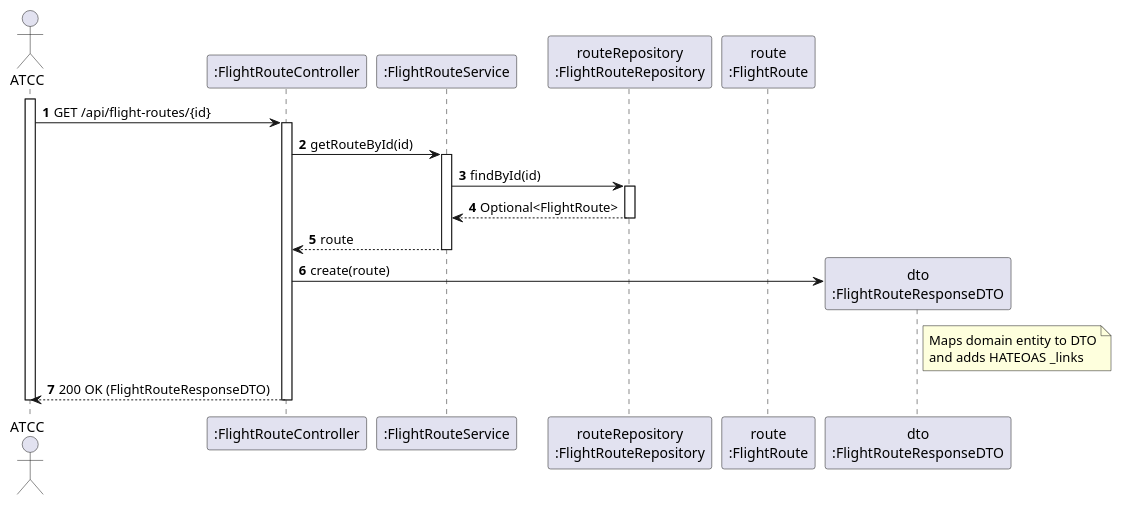
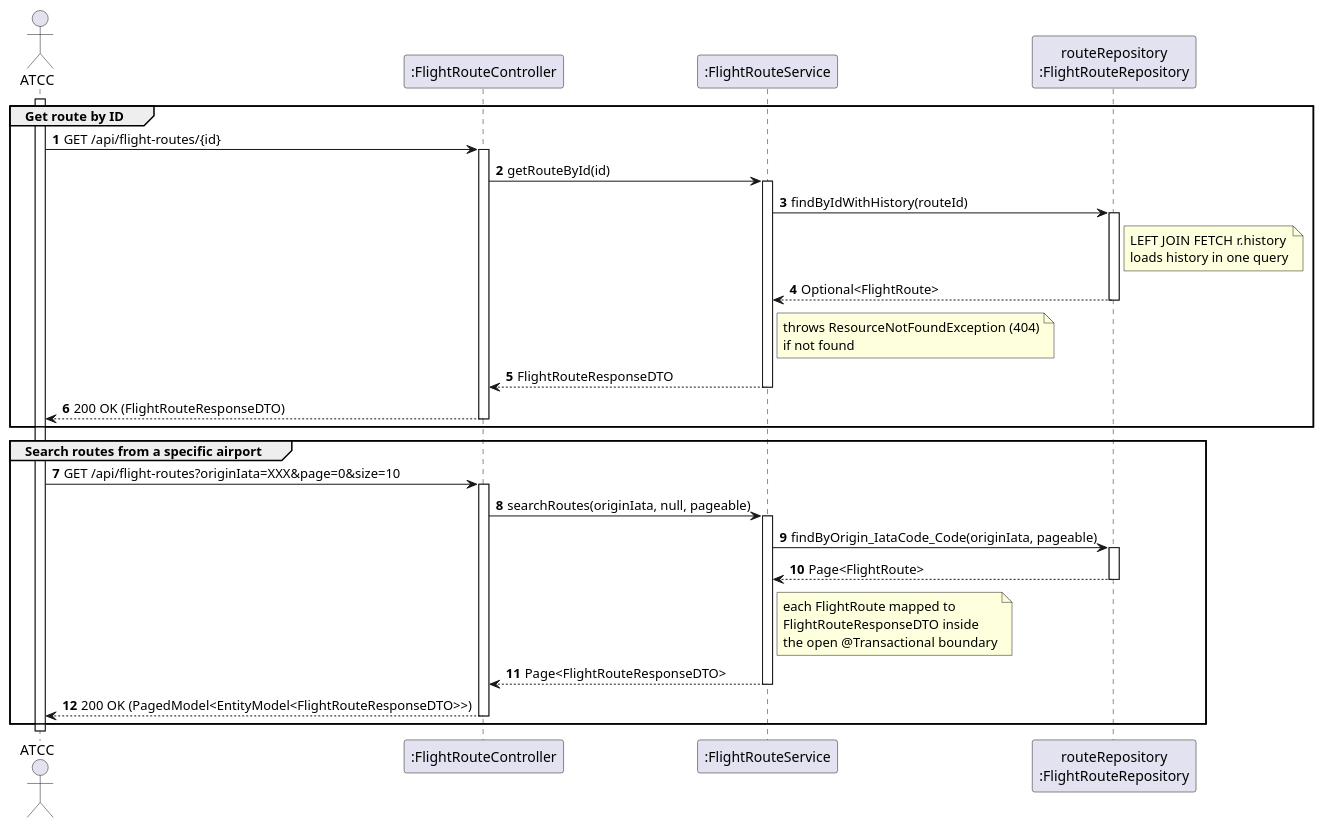
The diagram in docs/use-cases/WP#3A/US113/puml/US113-SD.puml (Andre-1240567/psoft2026_2DB_1240567_1241013_1240624), drawn with PlantUML before and after one commit. The commit also changed 34 other files, not shown here.

```diff
--- a/docs/use-cases/WP#3A/US113/puml/US113-SD.puml
+++ b/docs/use-cases/WP#3A/US113/puml/US113-SD.puml
@@ -1,31 +1,54 @@
 @startuml
 autonumber
 actor "ATCC" as Actor
 participant ":FlightRouteController" as Ctrl
 participant ":FlightRouteService" as Service
 participant "routeRepository\n:FlightRouteRepository" as Repo
-participant "route\n:FlightRoute" as Route
-participant "dto\n:FlightRouteResponseDTO" as DTO
 
 activate Actor
+
+group Get route by ID
 Actor -> Ctrl: GET /api/flight-routes/{id}
 activate Ctrl
 
 Ctrl -> Service: getRouteById(id)
 activate Service
 
-Service -> Repo: findById(id)
+Service -> Repo: findByIdWithHistory(routeId)
 activate Repo
+note right of Repo: LEFT JOIN FETCH r.history\nloads history in one query
 Repo --> Service: Optional<FlightRoute>
 deactivate Repo
 
-Service --> Ctrl: route
+note right of Service: throws ResourceNotFoundException (404)\nif not found
+
+Service --> Ctrl: FlightRouteResponseDTO
 deactivate Service
-
-Ctrl -> DTO**: create(route)
-note right of DTO: Maps domain entity to DTO\nand adds HATEOAS _links
 
 Ctrl --> Actor: 200 OK (FlightRouteResponseDTO)
 deactivate Ctrl
+end
+
+group Search routes from a specific airport
+Actor -> Ctrl: GET /api/flight-routes?originIata=XXX&page=0&size=10
+activate Ctrl
+
+Ctrl -> Service: searchRoutes(originIata, null, pageable)
+activate Service
+
+Service -> Repo: findByOrigin_IataCode_Code(originIata, pageable)
+activate Repo
+Repo --> Service: Page<FlightRoute>
+deactivate Repo
+
+note right of Service: each FlightRoute mapped to\nFlightRouteResponseDTO inside\nthe open @Transactional boundary
+
+Service --> Ctrl: Page<FlightRouteResponseDTO>
+deactivate Service
+
+Ctrl --> Actor: 200 OK (PagedModel<EntityModel<FlightRouteResponseDTO>>)
+deactivate Ctrl
+end
+
 deactivate Actor
 @enduml
```
